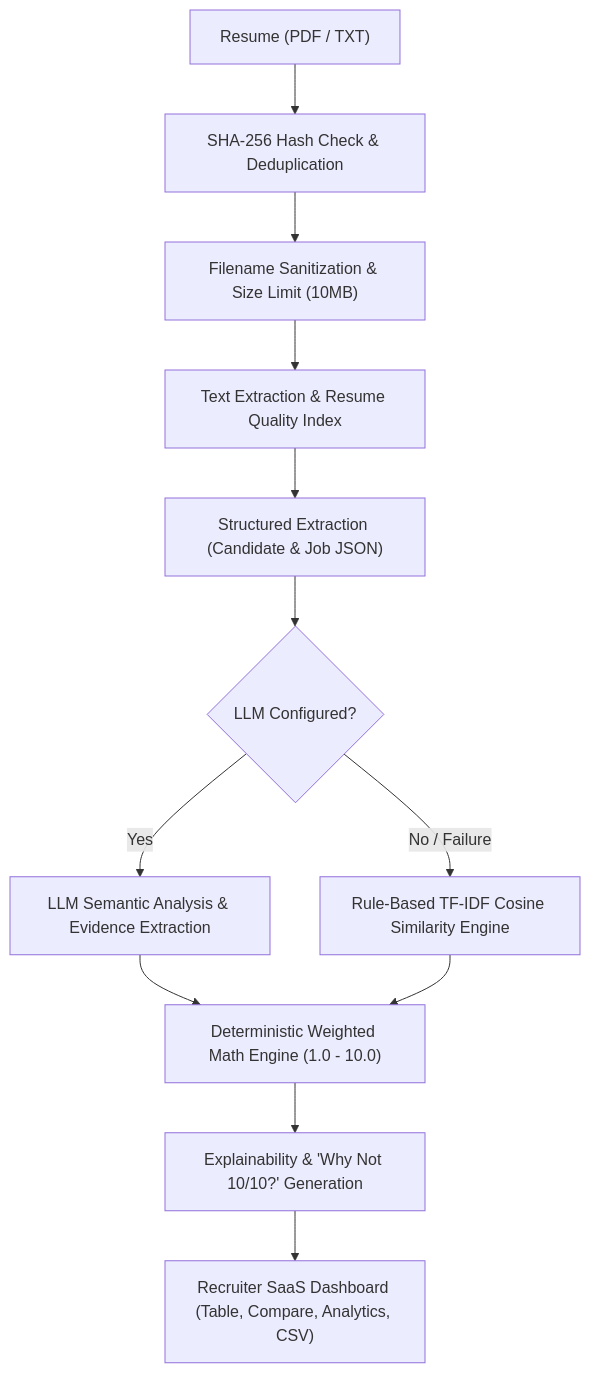
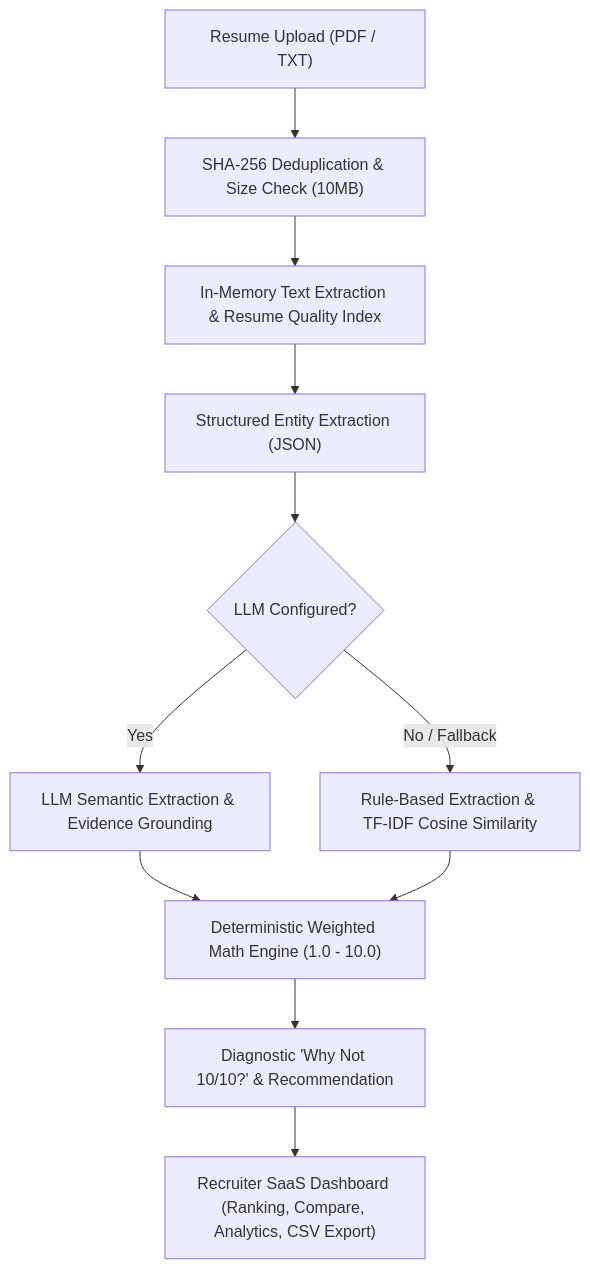
One commit to shubh201203/smart-resume-screener changed the diagram in README.md. Above: the diagram before and after it, drawn with Mermaid. The commit also changed other lines of this file and 1 other file, not shown here.

Commit message:
docs: polish SmartResume AI project README

````diff
--- a/README.md
+++ b/README.md
@@ -23,14 +41,13 @@
 ```mermaid
 flowchart TD
-    A["Resume (PDF / TXT)"] --> B["SHA-256 Hash Check & Deduplication"]
-    B --> C["Filename Sanitization & Size Limit (10MB)"]
-    C --> D["Text Extraction & Resume Quality Index"]
-    D --> E["Structured Extraction (Candidate & Job JSON)"]
-    E --> F{"LLM Configured?"}
-    F -- Yes --> G["LLM Semantic Analysis & Evidence Extraction"]
-    F -- No / Failure --> H["Rule-Based TF-IDF Cosine Similarity Engine"]
-    G --> I["Deterministic Weighted Math Engine (1.0 - 10.0)"]
-    H --> I
-    I --> J["Explainability & 'Why Not 10/10?' Generation"]
-    J --> K["Recruiter SaaS Dashboard (Table, Compare, Analytics, CSV)"]
+    A["Resume Upload (PDF / TXT)"] --> B["SHA-256 Deduplication & Size Check (10MB)"]
+    B --> C["In-Memory Text Extraction & Resume Quality Index"]
+    C --> D["Structured Entity Extraction (JSON)"]
+    D --> E{"LLM Configured?"}
+    E -- Yes --> F["LLM Semantic Extraction & Evidence Grounding"]
+    E -- No / Fallback --> G["Rule-Based Extraction & TF-IDF Cosine Similarity"]
+    F --> H["Deterministic Weighted Math Engine (1.0 - 10.0)"]
+    G --> H
+    H --> I["Diagnostic 'Why Not 10/10?' & Recommendation"]
+    I --> J["Recruiter SaaS Dashboard (Ranking, Compare, Analytics, CSV Export)"]
 ```
````
